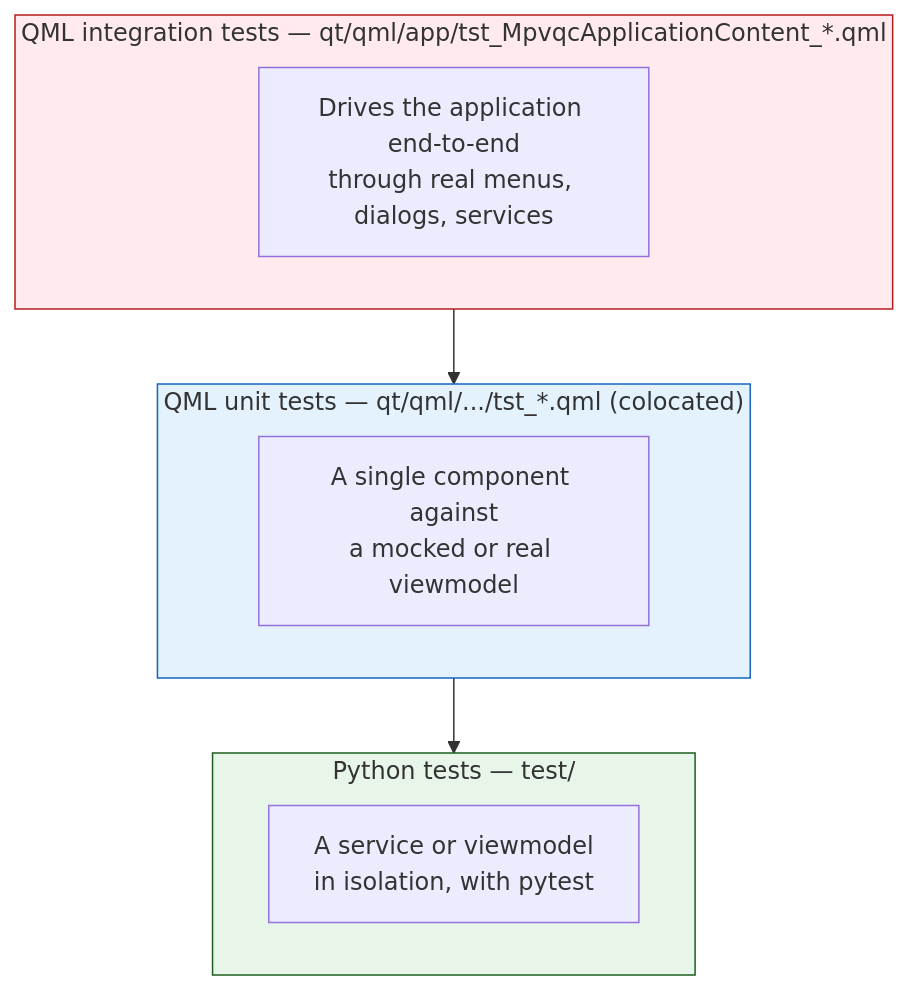
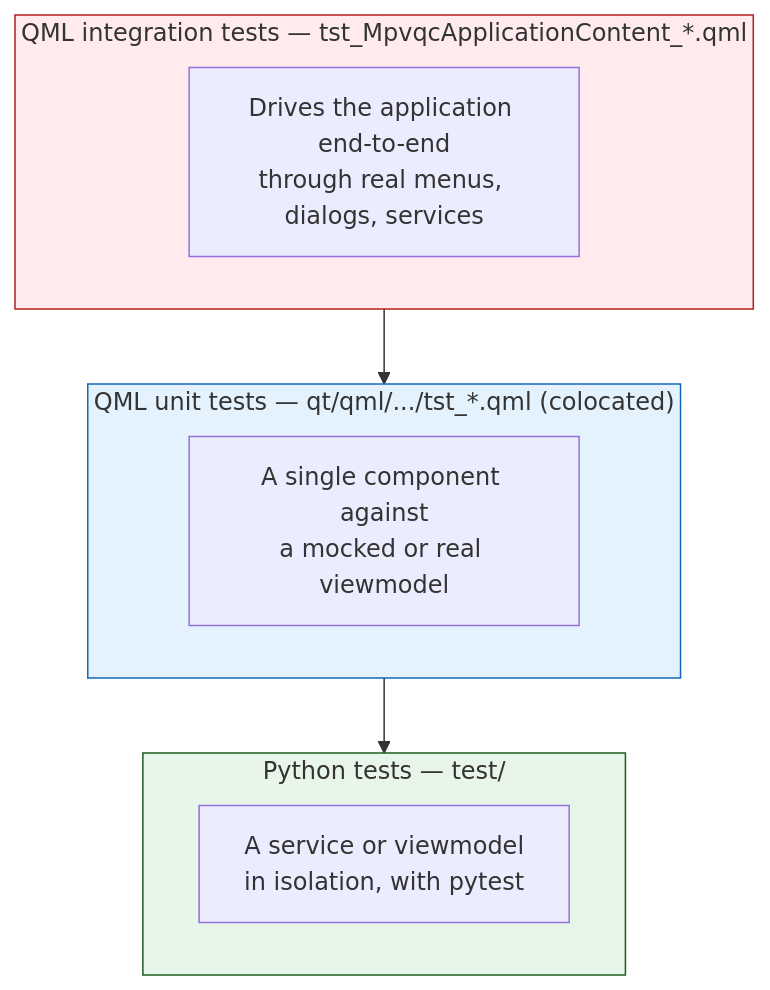
Before and after one commit to mpvqc/mpvQC: the second of 2 diagrams in docs/architecture.md, drawn with Mermaid. The commit also changed other lines of this file and 258 other files, not shown here.

````diff
--- a/docs/architecture.md
+++ b/docs/architecture.md
@@ -52,22 +54,22 @@
 ```mermaid
 flowchart TB
-    subgraph Integration["QML integration tests — qt/qml/app/tst_MpvqcApplicationContent_*.qml"]
+    subgraph Integration["QML integration tests — tst_MpvqcApplicationContent_*.qml"]
         I1["Drives the application end-to-end<br/>through real menus, dialogs, services"]
     end
     subgraph QmlUnit["QML unit tests — qt/qml/.../tst_*.qml (colocated)"]
         Q1["A single component against<br/>a mocked or real viewmodel"]
     end
     subgraph PyUnit["Python tests — test/"]
         P1["A service or viewmodel<br/>in isolation, with pytest"]
     end
 
     Integration --> QmlUnit
     QmlUnit --> PyUnit
 
     classDef int fill:#ffebee,stroke:#b71c1c
     classDef qml fill:#e3f2fd,stroke:#1565c0
     classDef py fill:#e8f5e9,stroke:#1b5e20
     class Integration int
     class QmlUnit qml
     class PyUnit py
 ```
````
